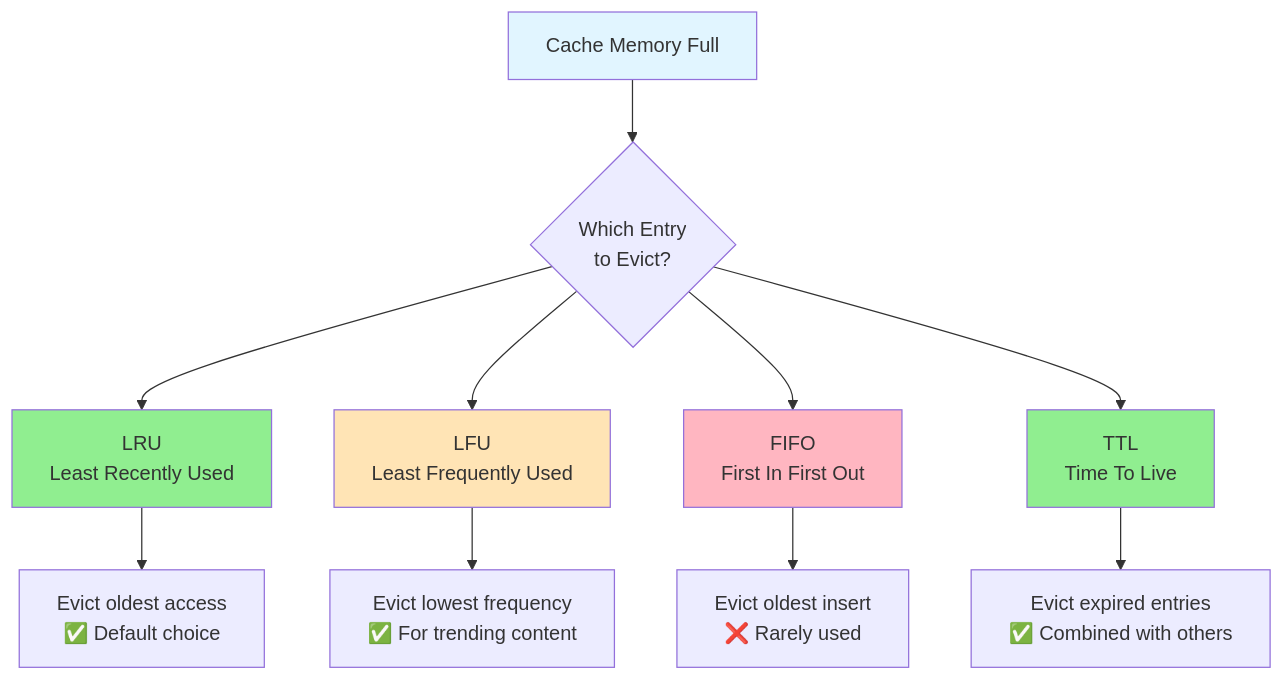
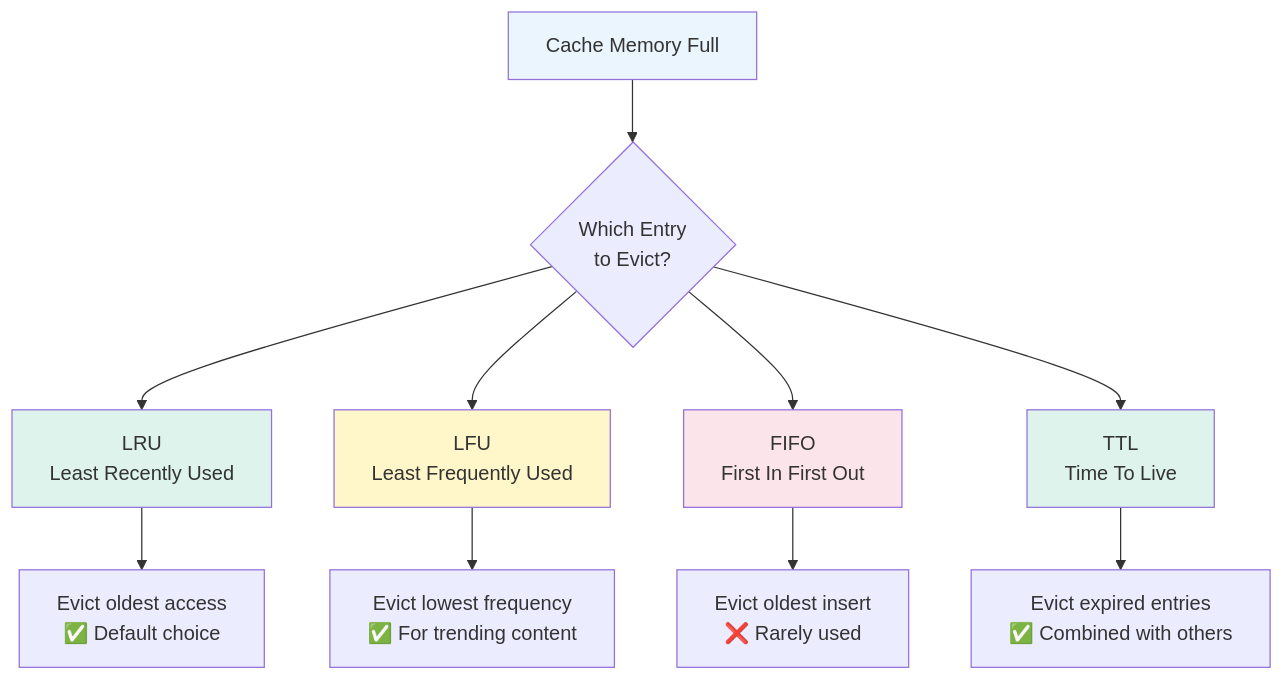
Before and after one commit to cartmancodes/InterviewVault: diagram 22 of 47 in LLD/CoreConcepts/Caching.md, drawn with Mermaid. The commit also changed other lines of this file and 679 other files, not shown here.

Commit message:
Unify content diagrams and add accessible visual walkthroughs

````diff
--- a/LLD/CoreConcepts/Caching.md
+++ b/LLD/CoreConcepts/Caching.md
@@ -681,22 +681,22 @@
 ```mermaid
 graph TB
     FULL[Cache Memory Full]
     
     FULL --> Q{Which Entry<br/>to Evict?}
     
     Q --> LRU[LRU<br/>Least Recently Used]
     Q --> LFU[LFU<br/>Least Frequently Used]
     Q --> FIFO[FIFO<br/>First In First Out]
     Q --> TTL[TTL<br/>Time To Live]
     
     LRU --> LRU_DESC[Evict oldest access<br/>✅ Default choice]
     LFU --> LFU_DESC[Evict lowest frequency<br/>✅ For trending content]
     FIFO --> FIFO_DESC[Evict oldest insert<br/>❌ Rarely used]
     TTL --> TTL_DESC[Evict expired entries<br/>✅ Combined with others]
     
-    style FULL fill:#e1f5ff
-    style LRU fill:#90EE90
-    style LFU fill:#FFE4B5
-    style FIFO fill:#FFB6C1
-    style TTL fill:#90EE90
+    style FULL fill:#EAF5FD
+    style LRU fill:#DDF3EC
+    style LFU fill:#FFF6C9
+    style FIFO fill:#FCE5EA
+    style TTL fill:#DDF3EC
 ```
````
